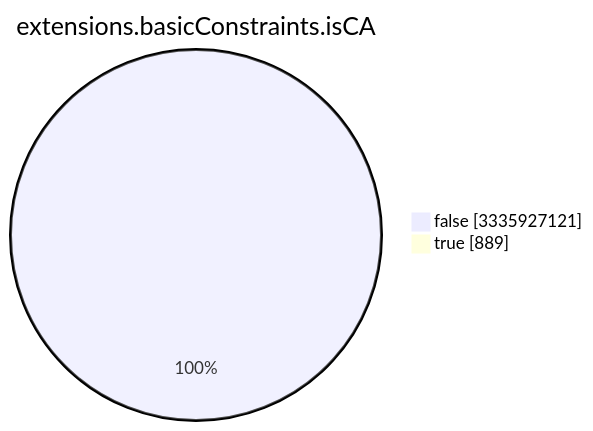
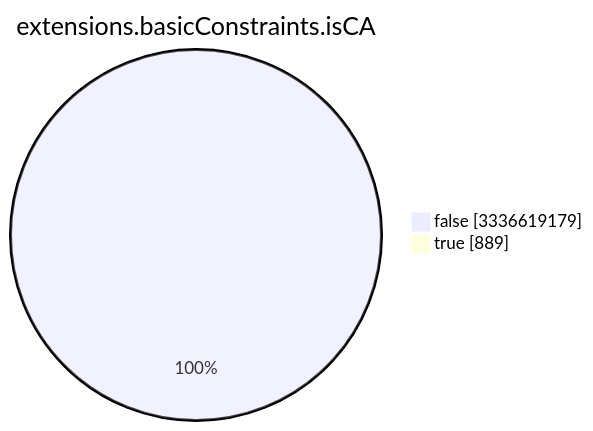
One commit to christiankrug/ctmonitor_visualization changed the seventh of 15 diagrams in TOTAL/README.md. Above: the diagram before and after it, drawn with Mermaid. The commit also changed other lines of this file, not shown here.

````diff
--- a/TOTAL/README.md
+++ b/TOTAL/README.md
@@ -3089,6 +3089,6 @@
 ```mermaid
 pie showData
 title extensions.basicConstraints.isCA
-"false" :3335927121
+"false" :3336619179
 "true" :889
 ```
````
